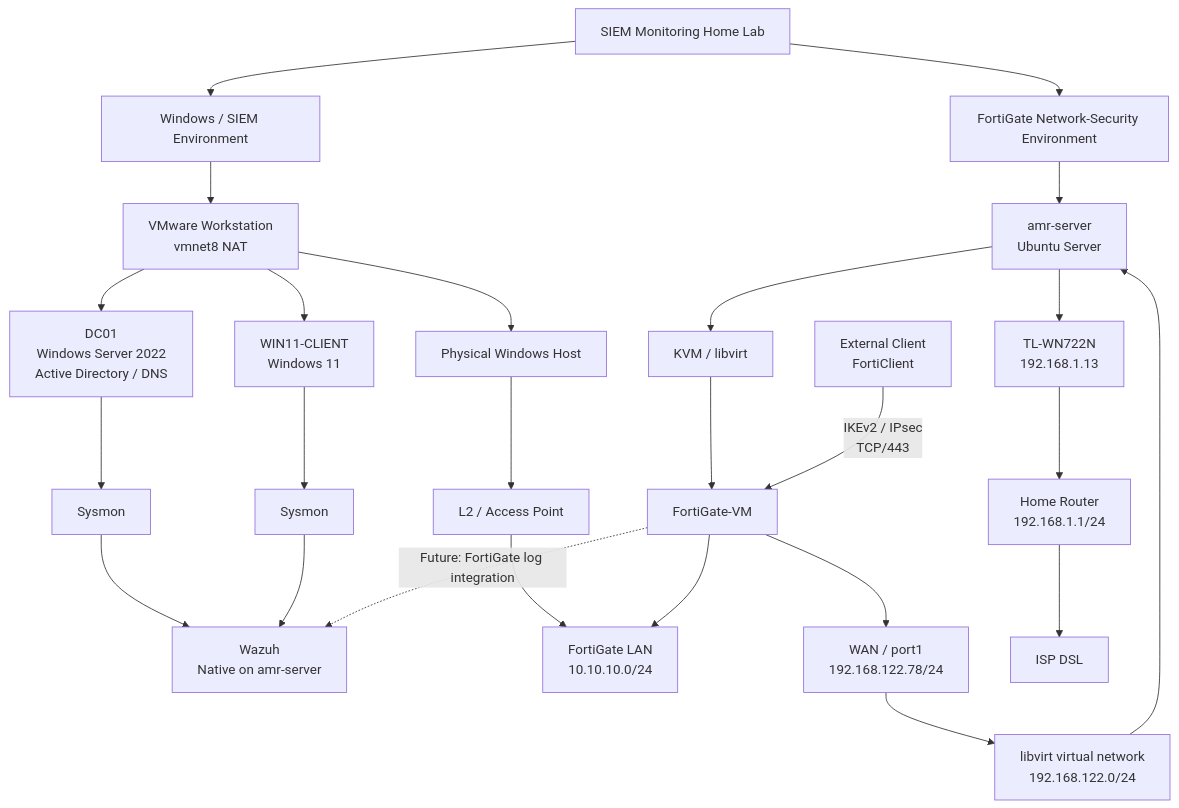
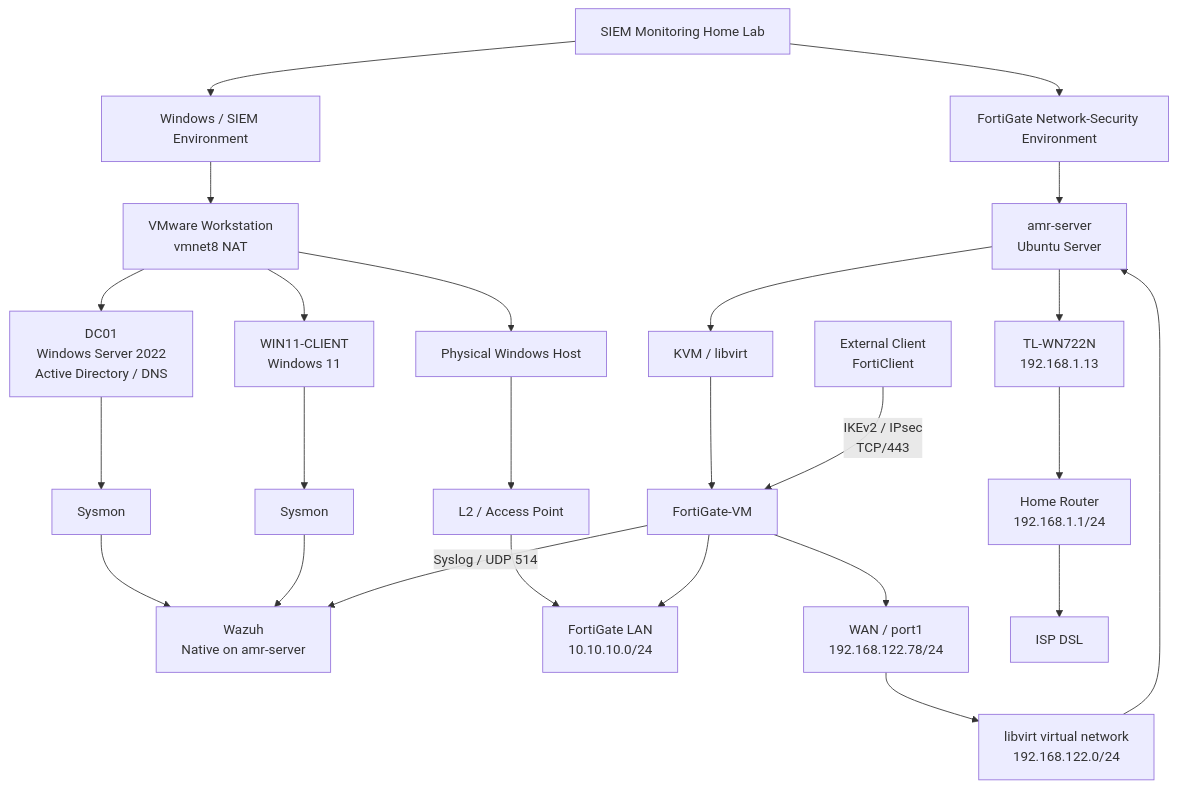
Before and after one commit to amr294/SIEM-Monitoring-Home-Lab: the diagram in docs/00-Current-Lab-Architecture.md, drawn with Mermaid. The commit also changed other lines of this file and 1 other file, not shown here.

Commit message:
docs: update lab architecture state

````diff
--- a/docs/00-Current-Lab-Architecture.md
+++ b/docs/00-Current-Lab-Architecture.md
@@ -112,45 +112,45 @@
 ```mermaid
 flowchart TB
     LAB[SIEM Monitoring Home Lab]
 
     LAB --> WINENV[Windows / SIEM Environment]
     LAB --> FGENV[FortiGate Network-Security Environment]
 
     %% Windows / SIEM environment
     WINENV --> VMWARE[VMware Workstation<br/>vmnet8 NAT]
 
     VMWARE --> DC[DC01<br/>Windows Server 2022<br/>Active Directory / DNS]
     VMWARE --> WIN11[WIN11-CLIENT<br/>Windows 11]
 
     DC --> SYS1[Sysmon]
     WIN11 --> SYS2[Sysmon]
 
     SYS1 --> WAZUH[Wazuh<br/>Native on amr-server]
     SYS2 --> WAZUH
 
     VMWARE --> WINHOST[Physical Windows Host]
     WINHOST --> AP[L2 / Access Point]
     AP --> FGLAN[FortiGate LAN<br/>10.10.10.0/24]
 
     %% FortiGate / Ubuntu environment
     FGENV --> UBUNTU[amr-server<br/>Ubuntu Server]
     UBUNTU --> KVM[KVM / libvirt]
     KVM --> FGT[FortiGate-VM]
 
     FGT --> FGLAN
     FGT --> WAN[WAN / port1<br/>192.168.122.78/24]
 
     WAN --> LIBVIRT[libvirt virtual network<br/>192.168.122.0/24]
     LIBVIRT --> UBUNTU
 
     UBUNTU --> WN[TL-WN722N<br/>192.168.1.13]
     WN --> ROUTER[Home Router<br/>192.168.1.1/24]
     ROUTER --> ISP[ISP DSL]
 
     %% Remote access VPN
     REMOTE[External Client<br/>FortiClient]
     REMOTE -->|IKEv2 / IPsec<br/>TCP/443| FGT
 
-    %% Future SIEM integration
-    FGT -.->|Future: FortiGate log integration| WAZUH
+    %% FortiGate → Wazuh Syslog integration
+    FGT -->|Syslog / UDP 514| WAZUH
 ```
````
